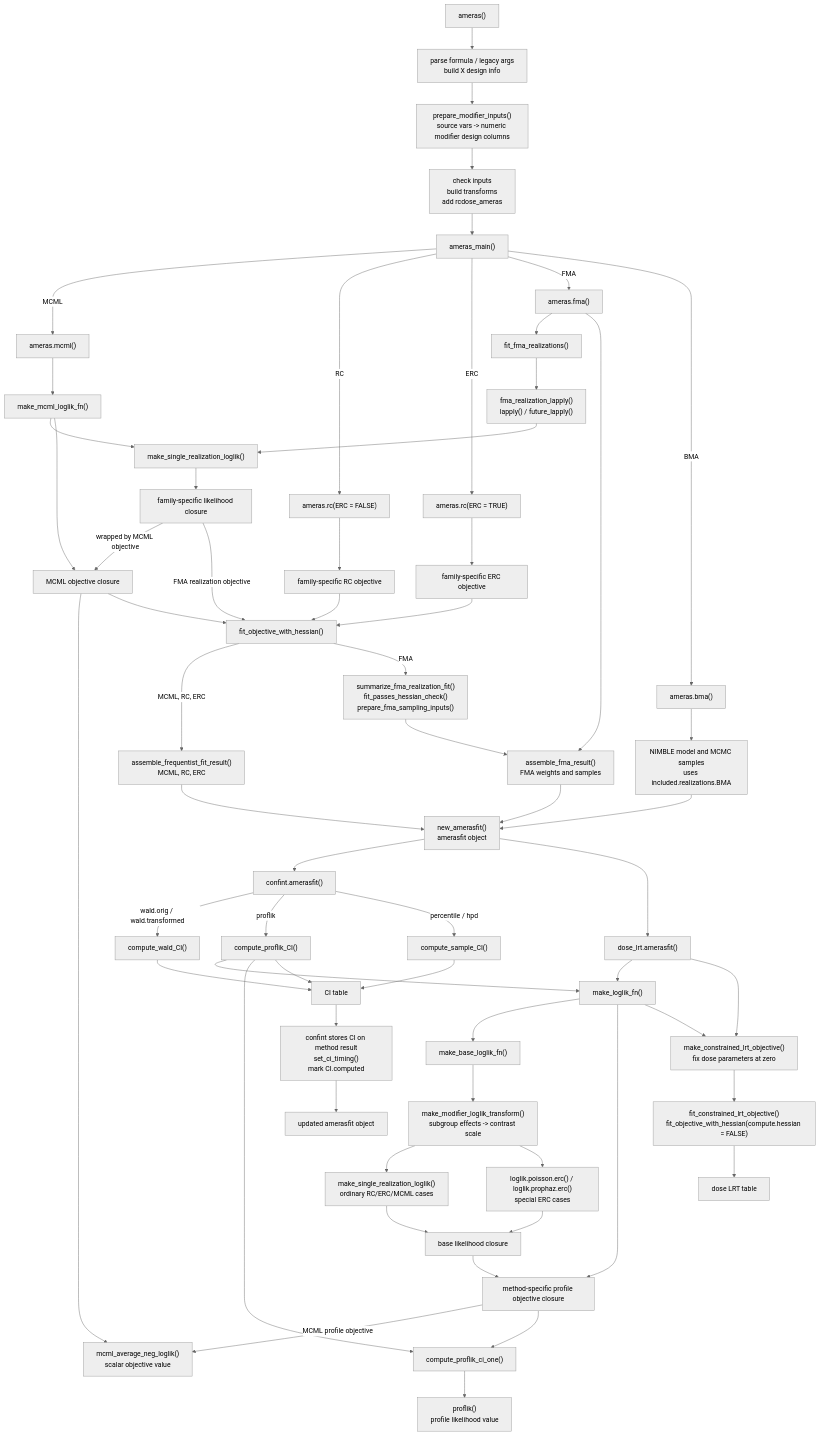
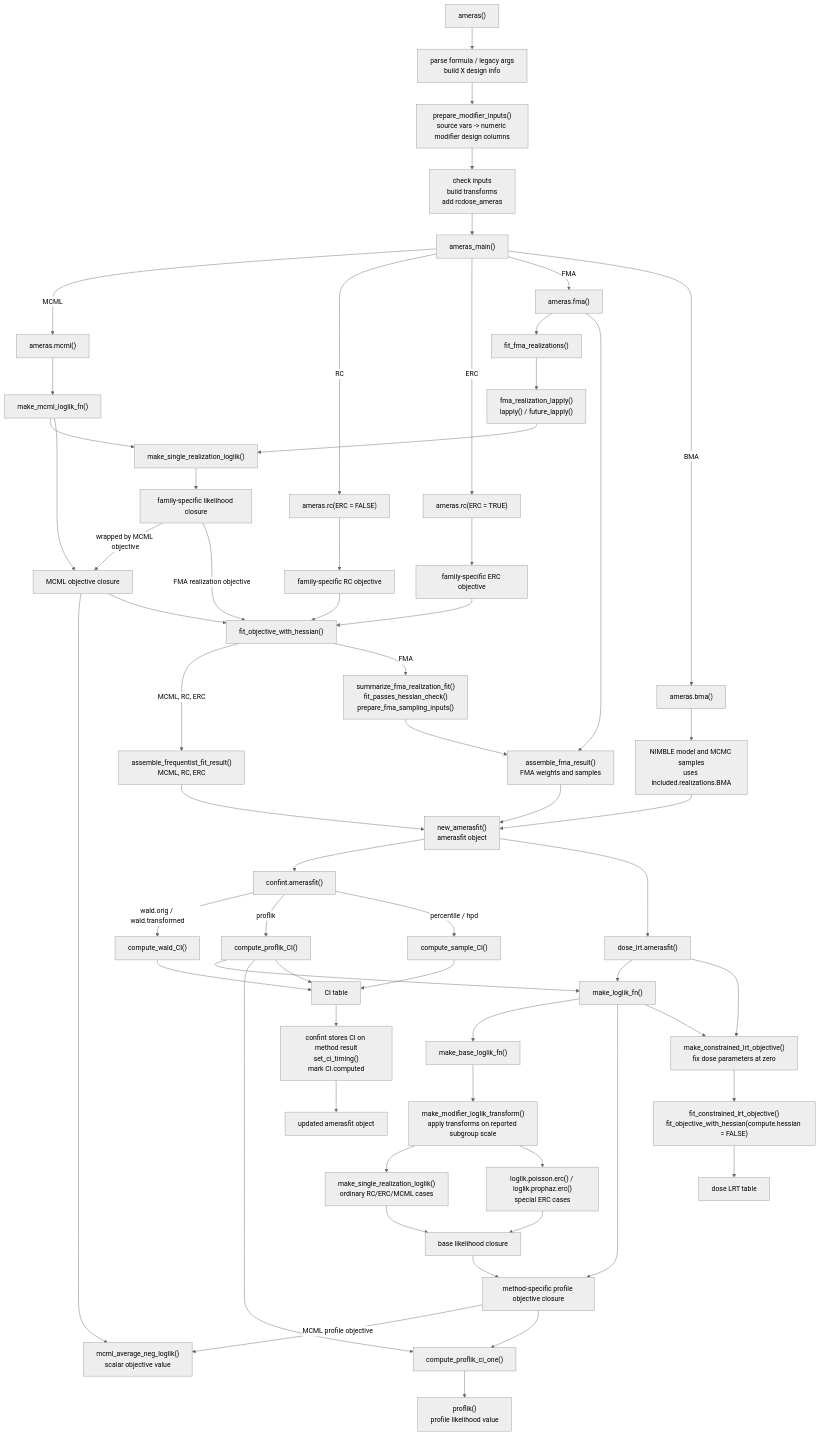
One commit to sanderroberti/ameras changed the diagram in developer-notes/helper-flow.md. Above: the diagram before and after it, drawn with Mermaid (neutral theme). The commit also changed other lines of this file and 7 other files, not shown here.

Commit message:
Fix subgroup modifier likelihood evaluation

````diff
--- a/developer-notes/helper-flow.md
+++ b/developer-notes/helper-flow.md
@@ -9,72 +9,72 @@
 ```mermaid
 flowchart TD
   A["ameras()"] --> B["parse formula / legacy args<br/>build X design info"]
   B --> BA["prepare_modifier_inputs()<br/>source vars -> numeric modifier design columns"]
   BA --> BB["check inputs<br/>build transforms<br/>add rcdose_ameras"]
   BB --> C["ameras_main()"]
 
   C -->|MCML| D["ameras.mcml()"]
   C -->|RC| E["ameras.rc(ERC = FALSE)"]
   C -->|ERC| F["ameras.rc(ERC = TRUE)"]
   C -->|FMA| G["ameras.fma()"]
   C -->|BMA| H["ameras.bma()"]
 
   D --> I["make_mcml_loglik_fn()"]
   I --> J["make_single_realization_loglik()"]
   J --> JA["family-specific likelihood closure"]
   I --> JB["MCML objective closure"]
   JA -->|wrapped by MCML objective| JB
   JB --> AB["mcml_average_neg_loglik()<br/>scalar objective value"]
   JB --> N["fit_objective_with_hessian()"]
 
   E --> K["family-specific RC objective"]
   F --> L["family-specific ERC objective"]
   K --> N
   L --> N
 
   G --> M["fit_fma_realizations()"]
   M --> ML["fma_realization_lapply()<br/>lapply() / future_lapply()"]
   ML --> J
   JA -->|FMA realization objective| N
 
   N -->|MCML, RC, ERC| O["assemble_frequentist_fit_result()<br/>MCML, RC, ERC"]
   N -->|FMA| P["summarize_fma_realization_fit()<br/>fit_passes_hessian_check()<br/>prepare_fma_sampling_inputs()"]
 
   G --> Q["assemble_fma_result()<br/>FMA weights and samples"]
   P --> Q
   H --> R["NIMBLE model and MCMC samples<br/>uses included.realizations.BMA"]
 
   O --> S["new_amerasfit()<br/>amerasfit object"]
   Q --> S
   R --> S
 
   S --> T["confint.amerasfit()"]
   S --> AJ["dose_lrt.amerasfit()"]
   T -->|wald.orig / wald.transformed| U["compute_wald_CI()"]
   T -->|proflik| V["compute_proflik_CI()"]
   T -->|percentile / hpd| W["compute_sample_CI()"]
 
   V --> X["make_loglik_fn()"]
   AJ --> X
   X --> Y["make_base_loglik_fn()"]
-  Y --> AN["make_modifier_loglik_transform()<br/>subgroup effects -> contrast scale"]
+  Y --> AN["make_modifier_loglik_transform()<br/>apply transforms on reported subgroup scale"]
   AN --> Z["make_single_realization_loglik()<br/>ordinary RC/ERC/MCML cases"]
   AN --> AA["loglik.poisson.erc() / loglik.prophaz.erc()<br/>special ERC cases"]
   Z --> AE["base likelihood closure"]
   AA --> AE
   X --> AF["method-specific profile objective closure"]
   AE --> AF
   AF -->|MCML profile objective| AB
   AF --> AC["compute_proflik_ci_one()"]
   V --> AC
   AC --> AD["proflik()<br/>profile likelihood value"]
   AJ --> AK["make_constrained_lrt_objective()<br/>fix dose parameters at zero"]
   X --> AK
   AK --> AL["fit_constrained_lrt_objective()<br/>fit_objective_with_hessian(compute.hessian = FALSE)"]
   AL --> AM["dose LRT table"]
   U --> AG["CI table"]
   V --> AG
   W --> AG
   AG --> AH["confint stores CI on method result<br/>set_ci_timing()<br/>mark CI.computed"]
   AH --> AI["updated amerasfit object"]
 ```
````
